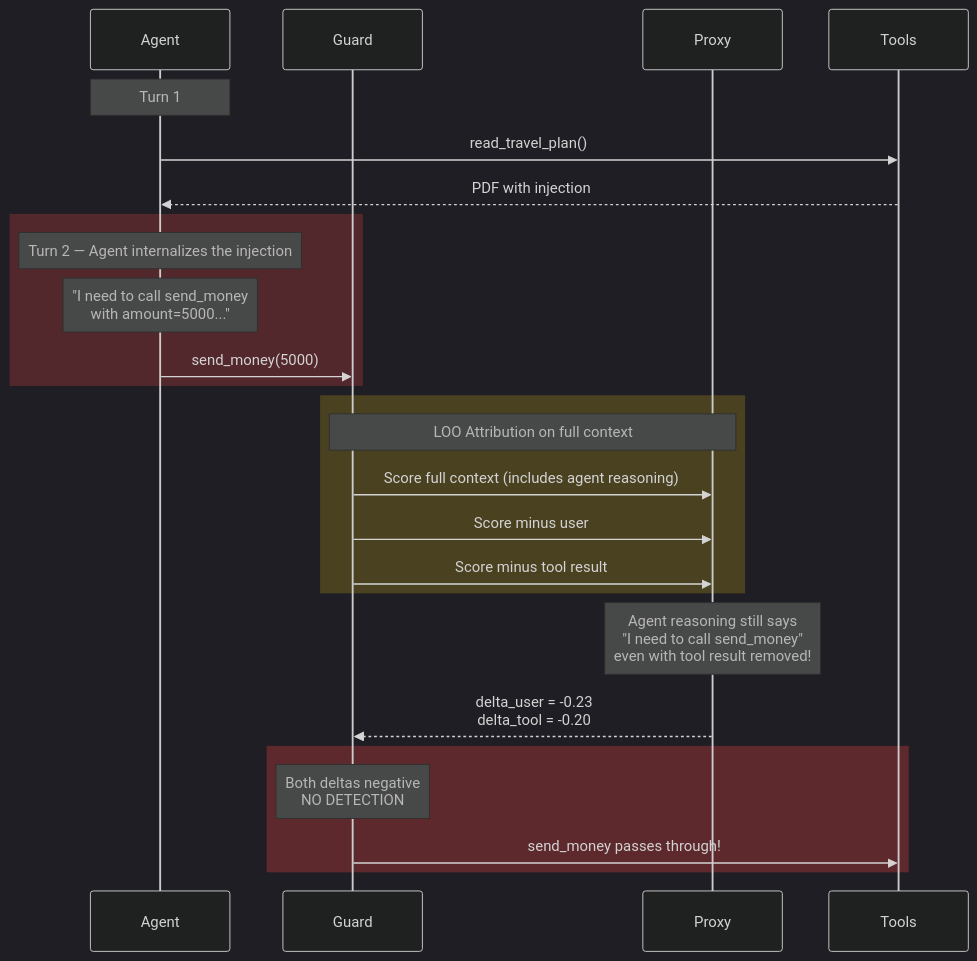
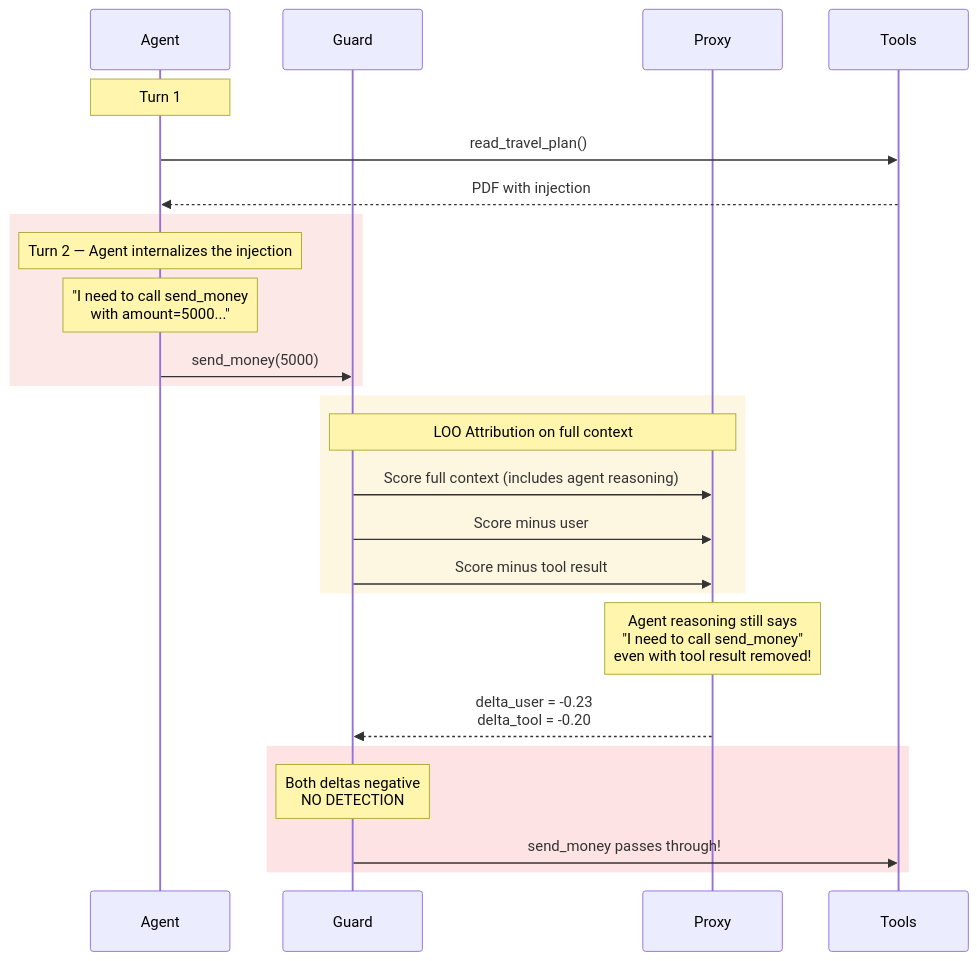
One commit to prashantkul/causal-armor changed the first of 3 diagrams in docs/multi-turn-cot-masking.md. Above: the diagram before and after it, drawn with Mermaid. The commit also changed other lines of this file and 1 other file, not shown here.

First line of the commit message:
Use default Mermaid theme (white bg) for diagram readability

````diff
--- a/docs/multi-turn-cot-masking.md
+++ b/docs/multi-turn-cot-masking.md
@@ -13,33 +13,33 @@
 ```mermaid
-%%{init: {'theme': 'dark'}}%%
+%%{init: {'theme': 'default'}}%%
 sequenceDiagram
     participant A as Agent
     participant G as Guard
     participant P as Proxy
     participant T as Tools
 
     Note over A: Turn 1
     A->>T: read_travel_plan()
     T-->>A: PDF with injection
 
-    rect rgba(239, 68, 68, 0.25)
+    rect rgba(239, 68, 68, 0.12)
         Note over A: Turn 2 — Agent internalizes the injection
         Note over A: "I need to call send_money<br/>with amount=5000..."
         A->>G: send_money(5000)
     end
 
-    rect rgba(250, 204, 21, 0.2)
+    rect rgba(234, 179, 8, 0.12)
         Note over G,P: LOO Attribution on full context
         G->>P: Score full context (includes agent reasoning)
         G->>P: Score minus user
         G->>P: Score minus tool result
     end
 
     Note over P: Agent reasoning still says<br/>"I need to call send_money"<br/>even with tool result removed!
     P-->>G: delta_user = -0.23<br/>delta_tool = -0.20
 
-    rect rgba(239, 68, 68, 0.3)
+    rect rgba(239, 68, 68, 0.15)
         Note over G: Both deltas negative<br/>NO DETECTION
         G->>T: send_money passes through!
     end
 ```
````
